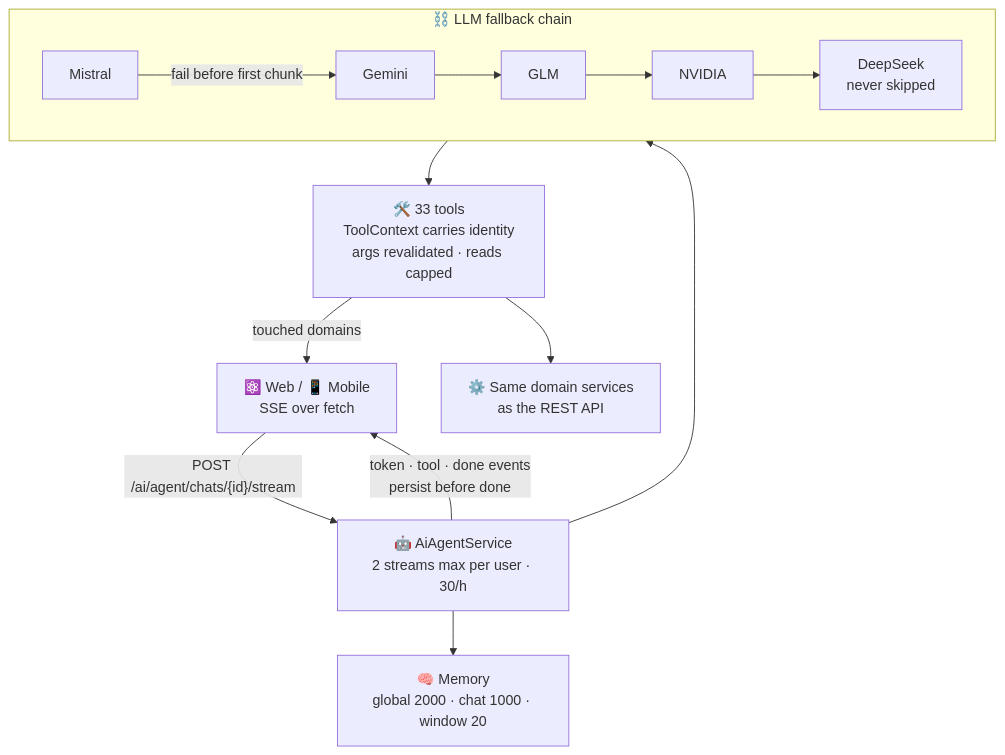
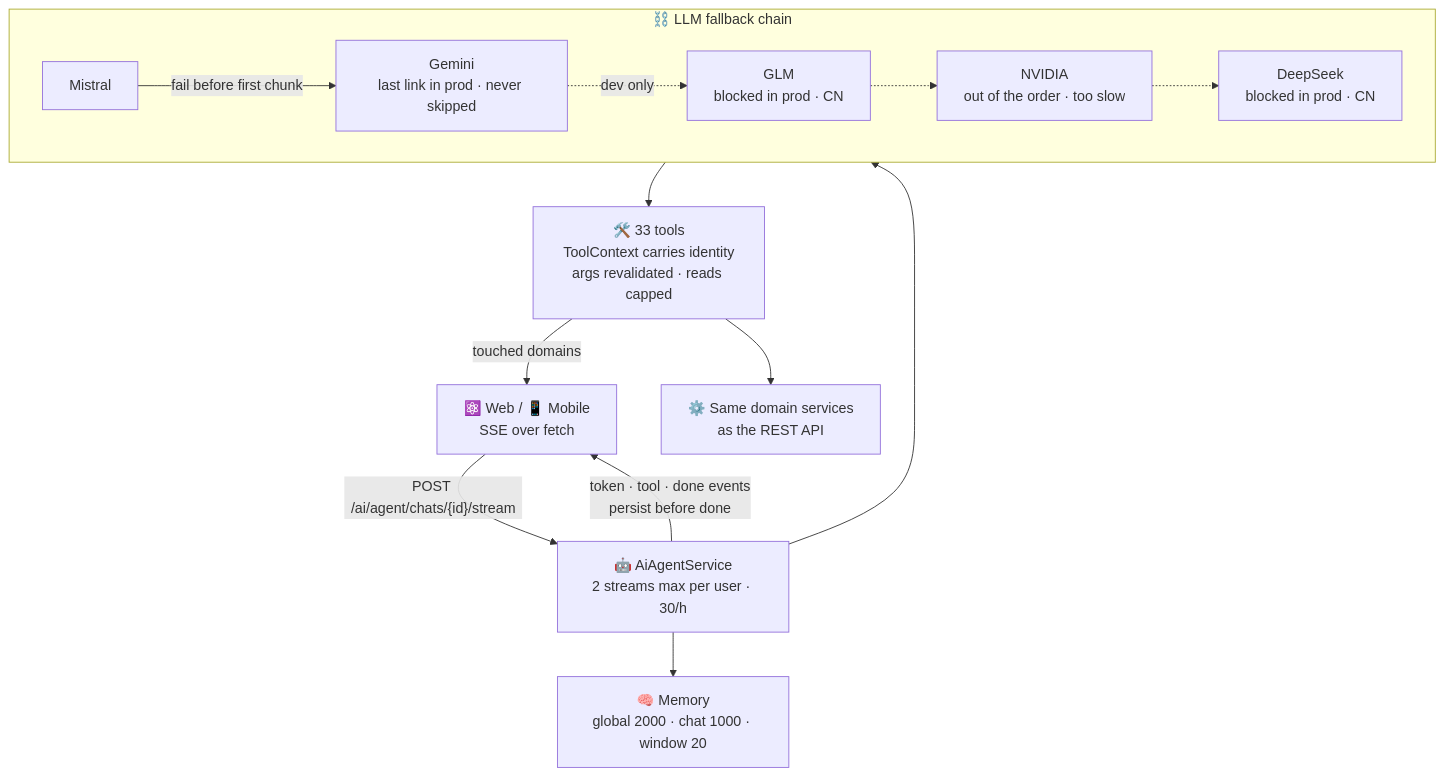
The diagram in architecture/ai-agent/diagram.mmd (AndDev741/Beyou-arch-design), drawn with Mermaid before and after one commit. The commit also changed 9 other files, not shown here.

```diff
--- a/architecture/ai-agent/diagram.mmd
+++ b/architecture/ai-agent/diagram.mmd
@@ -1,19 +1,19 @@
 flowchart TD
   C["⚛️ Web / 📱 Mobile<br/>SSE over fetch"]
   C -->|"POST /ai/agent/chats/{id}/stream"| SVC["🤖 AiAgentService<br/>2 streams max per user · 30/h"]
 
   SVC --> MEM["🧠 Memory<br/>global 2000 · chat 1000 · window 20"]
   SVC --> CHAIN["⛓️ Fallback chain"]
 
   subgraph CHAIN["⛓️ LLM fallback chain"]
-    P1["Mistral"] -->|"fail before first chunk"| P2["Gemini"]
-    P2 --> P3["GLM"]
-    P3 --> P4["NVIDIA"]
-    P4 --> P5["DeepSeek<br/>never skipped"]
+    P1["Mistral"] -->|"fail before first chunk"| P2["Gemini<br/>last link in prod · never skipped"]
+    P2 -.->|"dev only"| P3["GLM<br/>blocked in prod · CN"]
+    P3 -.-> P4["NVIDIA<br/>out of the order · too slow"]
+    P4 -.-> P5["DeepSeek<br/>blocked in prod · CN"]
   end
 
   CHAIN --> TOOLS["🛠️ 33 tools<br/>ToolContext carries identity<br/>args revalidated · reads capped"]
   TOOLS --> DOM["⚙️ Same domain services<br/>as the REST API"]
 
   SVC -->|"token · tool · done events<br/>persist before done"| C
   TOOLS -->|"touched domains"| C
```
